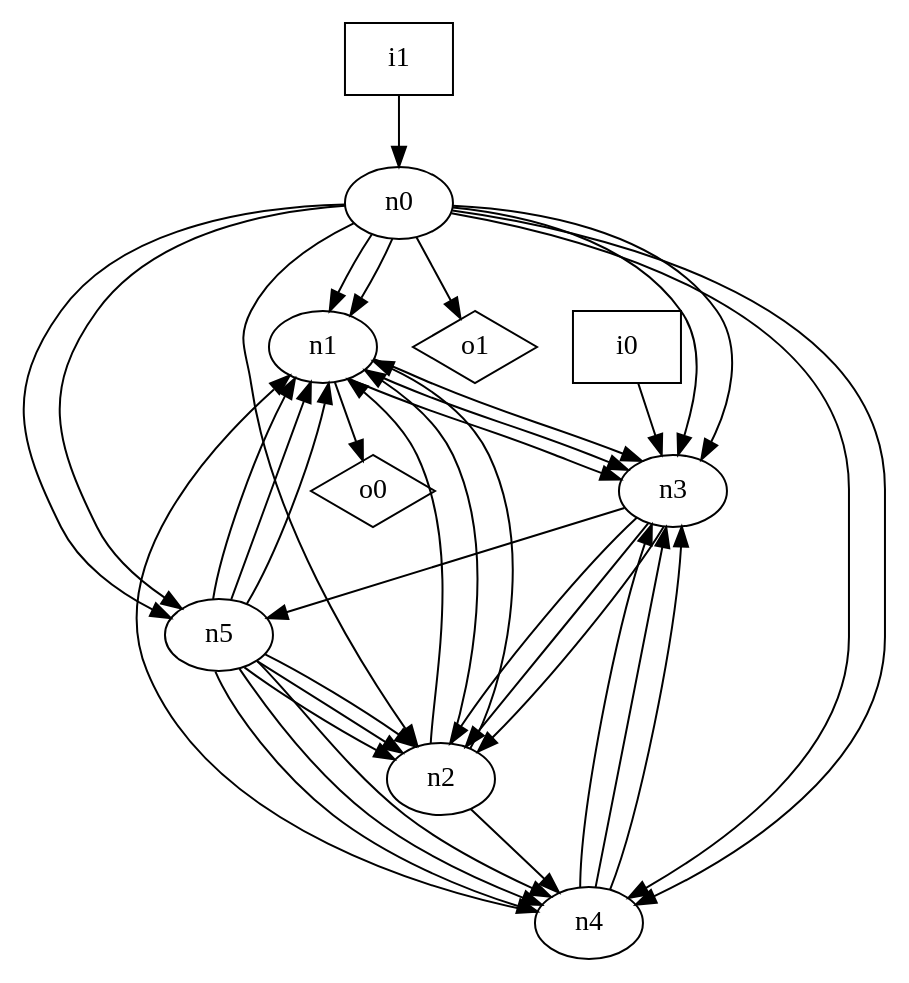
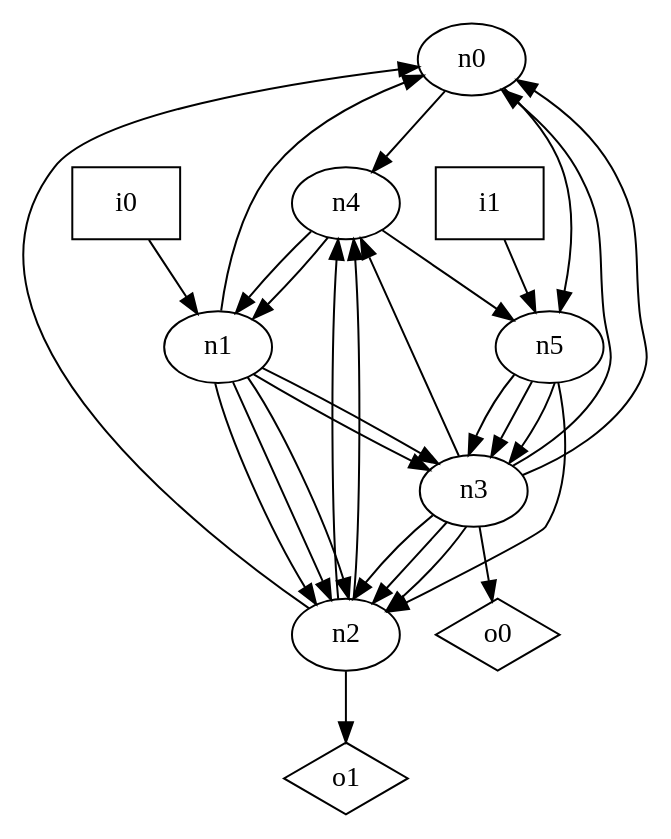
One commit to p9romain/bool-circuits changed the diagram in dot_files/random/random_oriented_loop_free_graph.dot. Above: the diagram before and after it, drawn with Graphviz. The commit also changed 29 other files, not shown here.

```diff
--- a/dot_files/random/random_oriented_loop_free_graph.dot
+++ b/dot_files/random/random_oriented_loop_free_graph.dot
@@ -1,49 +1,40 @@
 digraph G {
 n0 [label="n0"];
 n1 [label="n1"];
 n2 [label="n2"];
 n3 [label="n3"];
 n4 [label="n4"];
 n5 [label="n5"];
 n6 [label="i0",shape="box"];
 n7 [label="i1",shape="box"];
 n8 [label="o0",shape="diamond"];
 n9 [label="o1",shape="diamond"];
-n0 -> n1
-n0 -> n1
-n0 -> n2
-n0 -> n3
-n0 -> n3
-n0 -> n4
 n0 -> n4
 n0 -> n5
-n0 -> n5
-n0 -> n9
+n1 -> n0
+n1 -> n2
+n1 -> n2
+n1 -> n2
 n1 -> n3
 n1 -> n3
-n1 -> n3
-n1 -> n8
-n2 -> n1
-n2 -> n1
-n2 -> n1
+n2 -> n0
 n2 -> n4
+n2 -> n4
+n2 -> n9
+n3 -> n0
+n3 -> n0
 n3 -> n2
 n3 -> n2
 n3 -> n2
-n3 -> n5
+n3 -> n4
+n3 -> n8
 n4 -> n1
-n4 -> n3
-n4 -> n3
-n4 -> n3
-n5 -> n1
-n5 -> n1
-n5 -> n1
+n4 -> n1
+n4 -> n5
 n5 -> n2
-n5 -> n2
-n5 -> n2
-n5 -> n4
-n5 -> n4
-n5 -> n4
-n6 -> n3
-n7 -> n0
+n5 -> n3
+n5 -> n3
+n5 -> n3
+n6 -> n1
+n7 -> n5
 }
```
